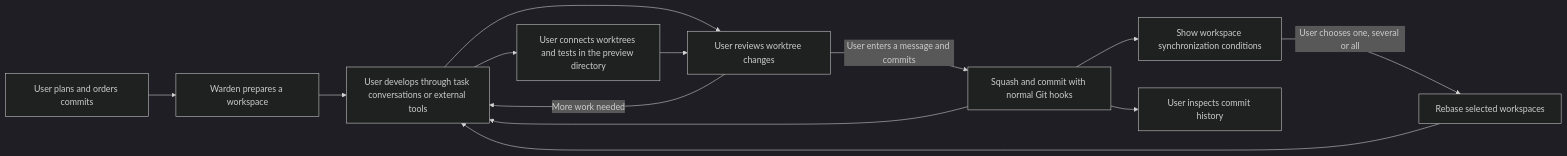
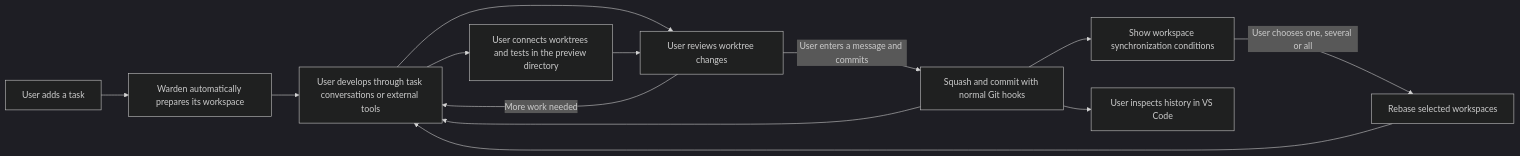
Before and after one commit to xbghc/warden: the diagram in docs/workflow.md, drawn with Mermaid (dark theme). The commit also changed other lines of this file and 42 other files, not shown here.

````diff
--- a/docs/workflow.md
+++ b/docs/workflow.md
@@ -157,15 +165,15 @@
 ```mermaid
 flowchart LR
-  P[User plans and orders commits] --> W[Warden prepares a workspace]
+  P[User adds a task] --> W[Warden automatically prepares its workspace]
   W --> E[User develops through task conversations or external tools]
   E --> V[User connects worktrees and tests in the preview directory]
   E --> R[User reviews worktree changes]
   V --> R[User reviews worktree changes]
   R -->|More work needed| E
   R -->|User enters a message and commits| C[Squash and commit with normal Git hooks]
   C --> E
   C --> N[Show workspace synchronization conditions]
   N -->|User chooses one, several or all| B[Rebase selected workspaces]
   B --> E
-  C --> H[User inspects commit history]
+  C --> H[User inspects history in VS Code]
 ```
````
